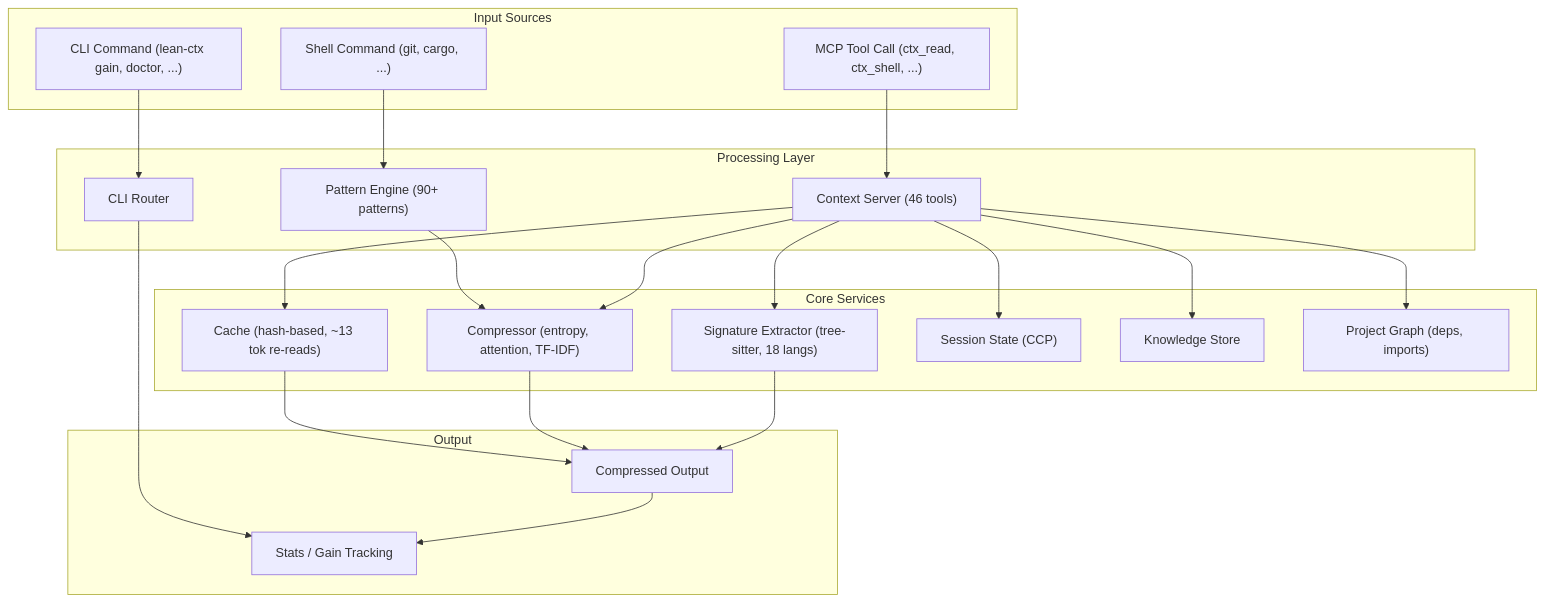
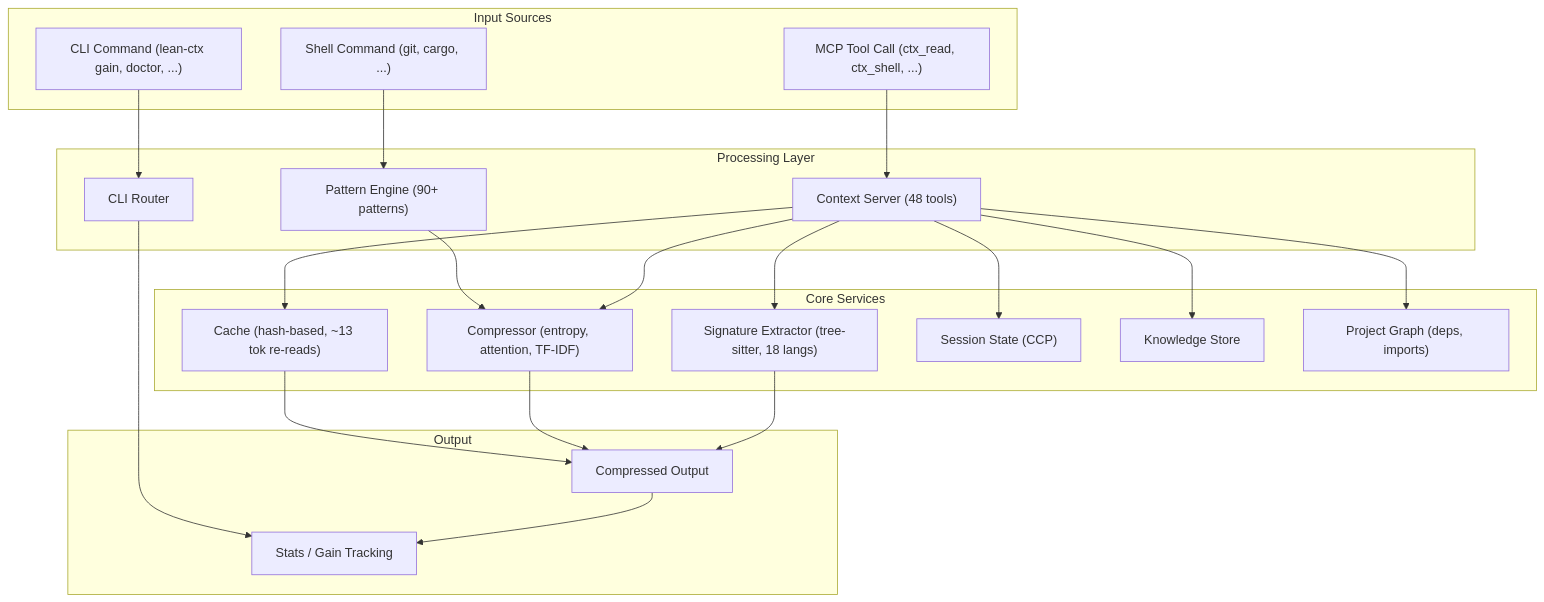
The diagram in ARCHITECTURE.md (HSKIMRobert/lean-ctx), drawn with Mermaid before and after one commit. The commit also changed other lines of this file and 21 other files, not shown here.

````diff
--- a/ARCHITECTURE.md
+++ b/ARCHITECTURE.md
@@ -7,48 +7,48 @@
 ```mermaid
 flowchart TD
     subgraph input [Input Sources]
         ShellCmd["Shell Command (git, cargo, ...)"]
         McpReq["MCP Tool Call (ctx_read, ctx_shell, ...)"]
         CliCmd["CLI Command (lean-ctx gain, doctor, ...)"]
     end
 
     subgraph processing [Processing Layer]
         PatternEngine["Pattern Engine (90+ patterns)"]
-        ContextServer["Context Server (46 tools)"]
+        ContextServer["Context Server (48 tools)"]
         CliRouter["CLI Router"]
     end
 
     subgraph core [Core Services]
         Cache["Cache (hash-based, ~13 tok re-reads)"]
         Signatures["Signature Extractor (tree-sitter, 18 langs)"]
         Compression["Compressor (entropy, attention, TF-IDF)"]
         Session["Session State (CCP)"]
         Knowledge["Knowledge Store"]
         Graph["Project Graph (deps, imports)"]
     end
 
     subgraph output [Output]
         CompressedOut["Compressed Output"]
         Stats["Stats / Gain Tracking"]
     end
 
     ShellCmd --> PatternEngine
     McpReq --> ContextServer
     CliCmd --> CliRouter
 
     PatternEngine --> Compression
     ContextServer --> Cache
     ContextServer --> Signatures
     ContextServer --> Compression
     CliRouter --> Stats
 
     Cache --> CompressedOut
     Compression --> CompressedOut
     Signatures --> CompressedOut
 
     ContextServer --> Session
     ContextServer --> Knowledge
     ContextServer --> Graph
 
     CompressedOut --> Stats
 ```
````
